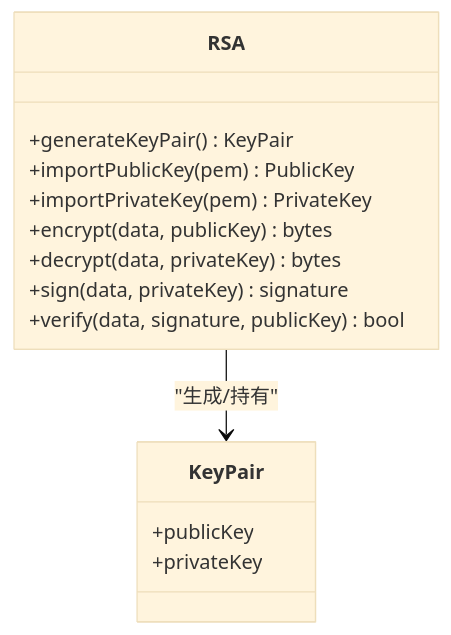
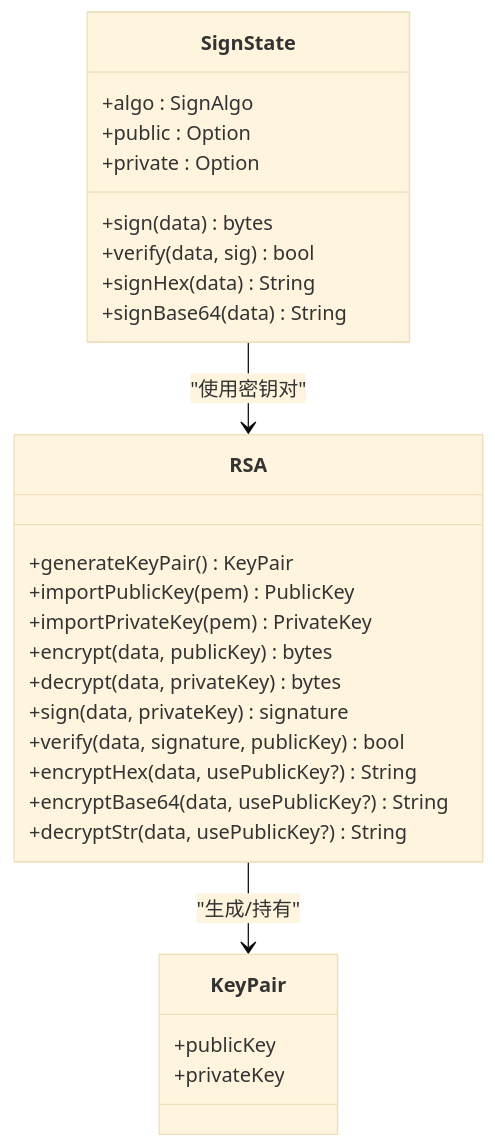
Before and after one commit to ZhangGHGitHub/LegadoTeamFlutter: the fourth of 7 diagrams in .qoder/repowiki/zh/content/Rust核心库/JavaScript运行时/宿主API绑定/加密解密API.md, drawn with Mermaid (base theme). The commit also changed other lines of this file and 173 other files, not shown here.

````diff
--- a/.qoder/repowiki/zh/content/Rust核心库/JavaScript运行时/宿主API绑定/加密解密API.md
+++ b/.qoder/repowiki/zh/content/Rust核心库/JavaScript运行时/宿主API绑定/加密解密API.md
@@ -147,17 +180,30 @@
 ```mermaid
 classDiagram
 class RSA {
 +generateKeyPair() KeyPair
 +importPublicKey(pem) PublicKey
 +importPrivateKey(pem) PrivateKey
 +encrypt(data, publicKey) bytes
 +decrypt(data, privateKey) bytes
 +sign(data, privateKey) signature
 +verify(data, signature, publicKey) bool
++encryptHex(data, usePublicKey?) String
++encryptBase64(data, usePublicKey?) String
++decryptStr(data, usePublicKey?) String
 }
 class KeyPair {
 +publicKey
 +privateKey
 }
+class SignState {
++algo : SignAlgo
++public : Option<RsaPublicKey>
++private : Option<RsaPrivateKey>
++sign(data) bytes
++verify(data, sig) bool
++signHex(data) String
++signBase64(data) String
+}
 RSA --> KeyPair : "生成/持有"
+SignState --> RSA : "使用密钥对"
 ```
````
